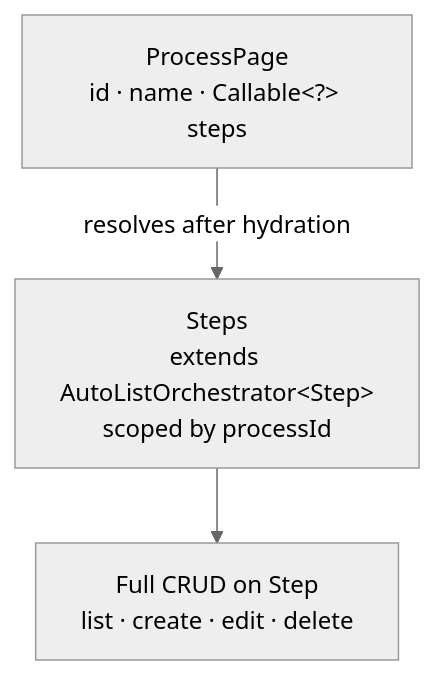
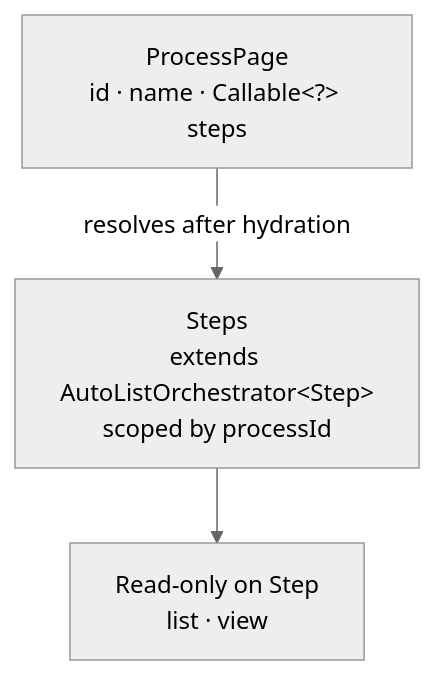
The diagram in doc/src/content/docs/java-user-manual/build/master-detail.md (miguelperezcolom/mateu), drawn with Mermaid (neutral theme) before and after one commit. The commit also changed other lines of this file and 2 other files, not shown here.

````diff
--- a/doc/src/content/docs/java-user-manual/build/master-detail.md
+++ b/doc/src/content/docs/java-user-manual/build/master-detail.md
@@ -107,6 +105,6 @@
 ```mermaid
 flowchart TD
     P["ProcessPage\nid · name · Callable&lt;?&gt; steps"]
     P -->|resolves after hydration| S["Steps\nextends AutoListOrchestrator&lt;Step&gt;\nscoped by processId"]
-    S --> CR["Full CRUD on Step\nlist · create · edit · delete"]
+    S --> CR["Read-only on Step\nlist · view"]
 ```
````
